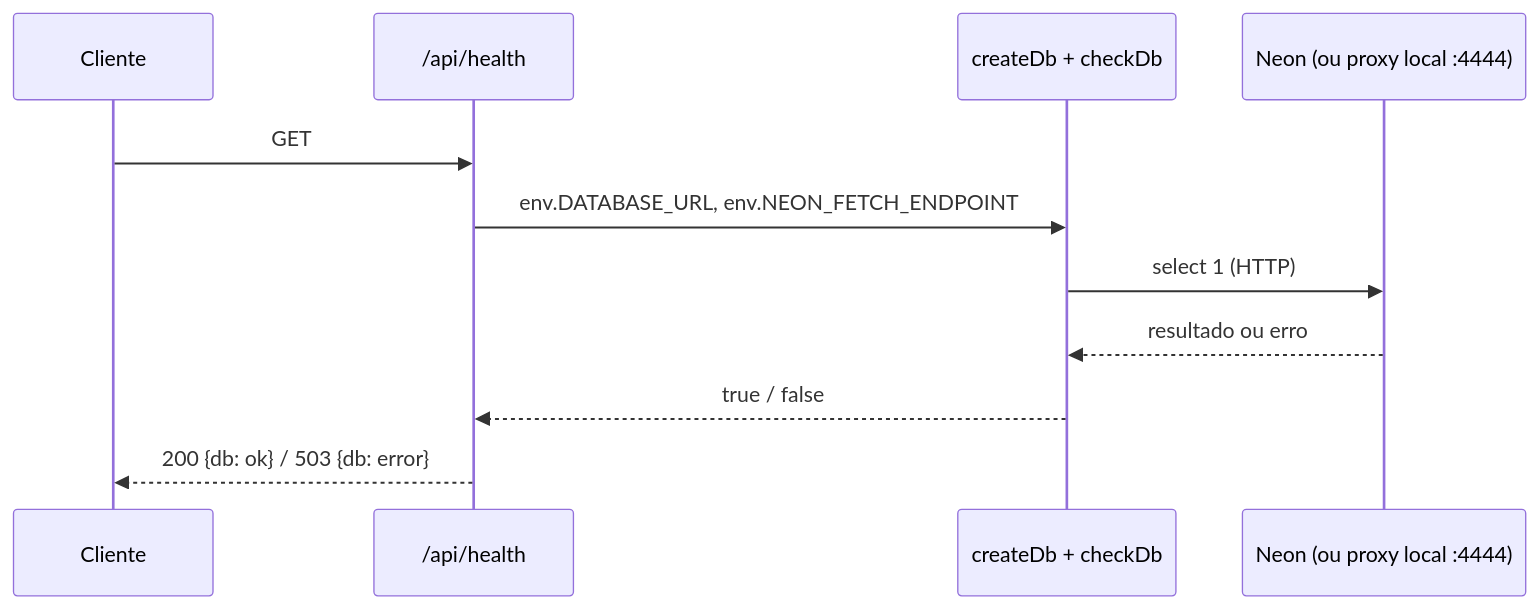
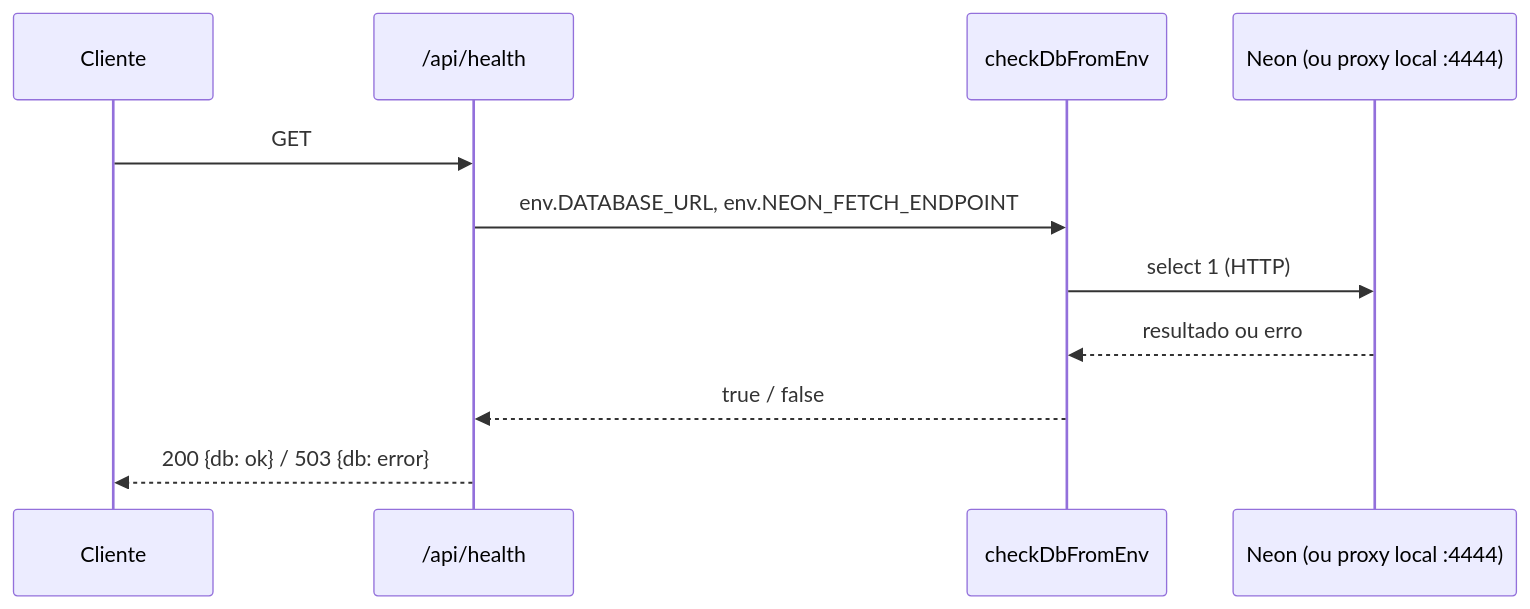
Before and after one commit to Willsmt/roseshop: the first of 2 diagrams in docs/architecture.md, drawn with Mermaid. The commit also changed other lines of this file and 5 other files, not shown here.

````diff
--- a/docs/architecture.md
+++ b/docs/architecture.md
@@ -69,13 +70,13 @@
 ```mermaid
 sequenceDiagram
   participant C as Cliente
   participant R as /api/health
-  participant D as createDb + checkDb
+  participant D as checkDbFromEnv
   participant N as Neon (ou proxy local :4444)
   C->>R: GET
   R->>D: env.DATABASE_URL, env.NEON_FETCH_ENDPOINT
   D->>N: select 1 (HTTP)
   N-->>D: resultado ou erro
   D-->>R: true / false
   R-->>C: 200 {db: ok} / 503 {db: error}
 ```
````
